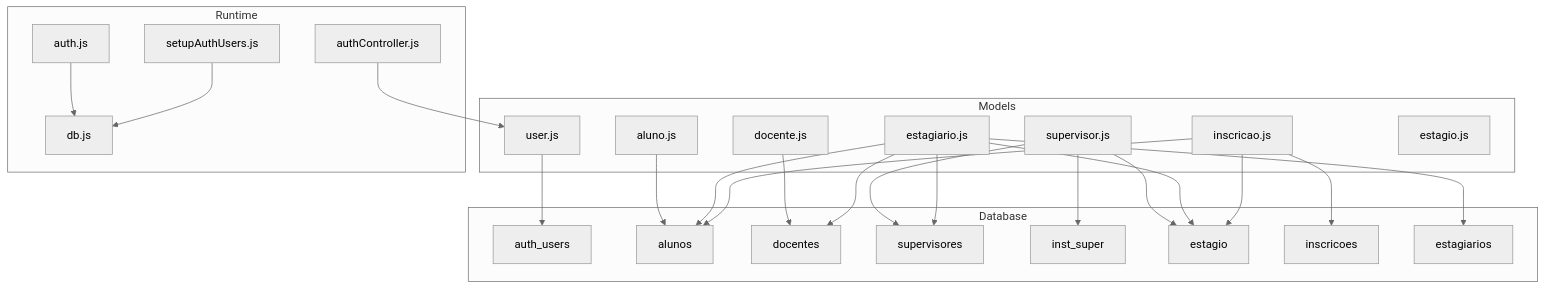
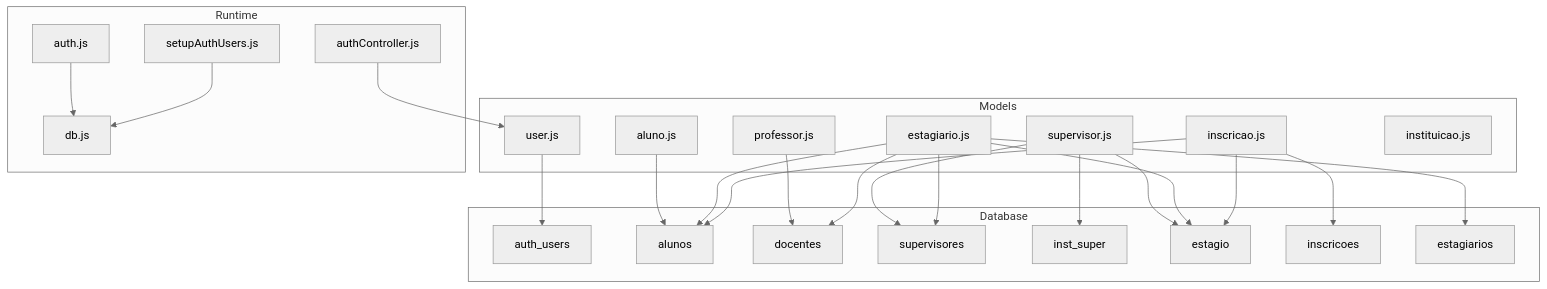
One commit to luiseduacosta/nodemural changed the first of 8 diagrams in .qoder/repowiki/en/content/Data Models & Database Design/Core Data Models.md. Above: the diagram before and after it, drawn with Mermaid (neutral theme). The commit also changed other lines of this file and 25 other files, not shown here.

````diff
--- a/.qoder/repowiki/en/content/Data Models & Database Design/Core Data Models.md
+++ b/.qoder/repowiki/en/content/Data Models & Database Design/Core Data Models.md
@@ -42,45 +42,45 @@
 ```mermaid
 graph TB
 subgraph "Models"
 U["user.js"]
 A["aluno.js"]
-D["docente.js"]
+D["professor.js"]
 S["supervisor.js"]
 E["estagiario.js"]
 I["inscricao.js"]
-J["estagio.js"]
+J["instituicao.js"]
 end
 subgraph "Database"
 AU["auth_users"]
 AL["alunos"]
 DOC["docentes"]
 SUP["supervisores"]
 INSTSUP["inst_super"]
 EST["estagio"]
 INSC["inscricoes"]
 ESTAG["estagiarios"]
 end
 subgraph "Runtime"
 M["auth.js"]
 C["authController.js"]
 DB["db.js"]
 SETUP["setupAuthUsers.js"]
 end
 U --> AU
 A --> AL
 D --> DOC
 S --> SUP
 S --> INSTSUP
 S --> EST
 E --> ESTAG
 E --> AL
 E --> DOC
 E --> SUP
 E --> EST
 I --> INSC
 I --> AL
 I --> EST
 M --> DB
 C --> U
 SETUP --> DB
 ```
````
